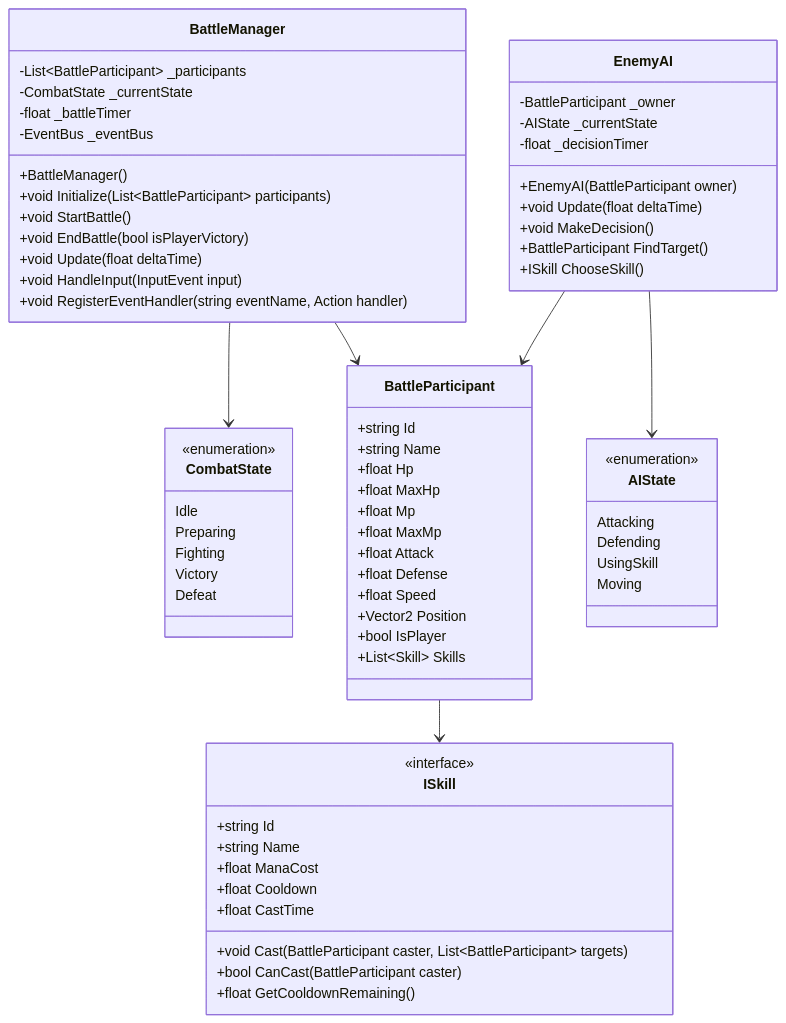
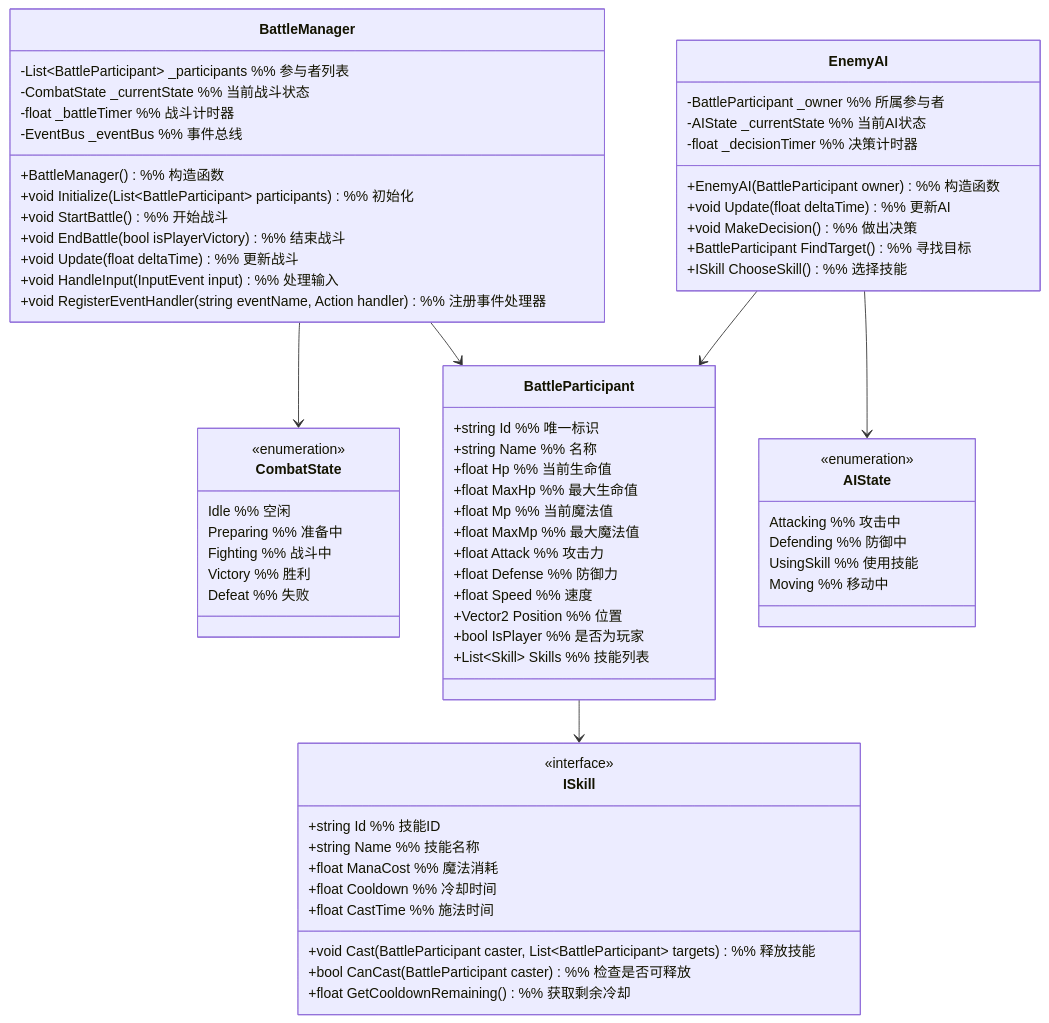
One commit to ideatoideal/co_lab changed the diagram in xiuxian_demo/docs/实现规划/一期/一期各模块系统设计/一期战斗系统.md. Above: the diagram before and after it, drawn with Mermaid. The commit also changed 15 other files, not shown here.

Commit message:
为一期模块文档添加Mermaid图中文注释并修复格式问题

````diff
--- a/xiuxian_demo/docs/实现规划/一期/一期各模块系统设计/一期战斗系统.md
+++ b/xiuxian_demo/docs/实现规划/一期/一期各模块系统设计/一期战斗系统.md
@@ -15,77 +15,82 @@
 ```mermaid
 classDiagram
     class CombatState {
         <<enumeration>>
-        Idle
-        Preparing
-        Fighting
-        Victory
-        Defeat
+        Idle %% 空闲
+        Preparing %% 准备中
+        Fighting %% 战斗中
+        Victory %% 胜利
+        Defeat %% 失败
     }
     
     class BattleParticipant {
-        +string Id
-        +string Name
-        +float Hp
-        +float MaxHp
-        +float Mp
-        +float MaxMp
-        +float Attack
-        +float Defense
-        +float Speed
-        +Vector2 Position
-        +bool IsPlayer
-        +List~Skill~ Skills
+        +string Id %% 唯一标识
+        +string Name %% 名称
+        +float Hp %% 当前生命值
+        +float MaxHp %% 最大生命值
+        +float Mp %% 当前魔法值
+        +float MaxMp %% 最大魔法值
+        +float Attack %% 攻击力
+        +float Defense %% 防御力
+        +float Speed %% 速度
+        +Vector2 Position %% 位置
+        +bool IsPlayer %% 是否为玩家
+        +List~Skill~ Skills %% 技能列表
     }
     
     class ISkill {
         <<interface>>
-        +string Id
-        +string Name
-        +float ManaCost
-        +float Cooldown
-        +float CastTime
-        +void Cast(BattleParticipant caster, List~BattleParticipant~ targets)
-        +bool CanCast(BattleParticipant caster)
-        +float GetCooldownRemaining()
+        +string Id %% 技能ID
+        +string Name %% 技能名称
+        +float ManaCost %% 魔法消耗
+        +float Cooldown %% 冷却时间
+        +float CastTime %% 施法时间
+        +void Cast(BattleParticipant caster, List~BattleParticipant~ targets) %% 释放技能
+        +bool CanCast(BattleParticipant caster) %% 检查是否可释放
+        +float GetCooldownRemaining() %% 获取剩余冷却
     }
     
     class BattleManager {
-        -List~BattleParticipant~ _participants
-        -CombatState _currentState
-        -float _battleTimer
-        -EventBus _eventBus
-        +BattleManager()
-        +void Initialize(List~BattleParticipant~ participants)
-        +void StartBattle()
-        +void EndBattle(bool isPlayerVictory)
-        +void Update(float deltaTime)
-        +void HandleInput(InputEvent input)
-        +void RegisterEventHandler(string eventName, Action handler)
+        -List~BattleParticipant~ _participants %% 参与者列表
+        -CombatState _currentState %% 当前战斗状态
+        -float _battleTimer %% 战斗计时器
+        -EventBus _eventBus %% 事件总线
+        +BattleManager() %% 构造函数
+        +void Initialize(List~BattleParticipant~ participants) %% 初始化
+        +void StartBattle() %% 开始战斗
+        +void EndBattle(bool isPlayerVictory) %% 结束战斗
+        +void Update(float deltaTime) %% 更新战斗
+        +void HandleInput(InputEvent input) %% 处理输入
+        +void RegisterEventHandler(string eventName, Action handler) %% 注册事件处理器
     }
     
     class EnemyAI {
-        -BattleParticipant _owner
-        -AIState _currentState
-        -float _decisionTimer
-        +EnemyAI(BattleParticipant owner)
-        +void Update(float deltaTime)
-        +void MakeDecision()
-        +BattleParticipant FindTarget()
-        +ISkill ChooseSkill()
+        -BattleParticipant _owner %% 所属参与者
+        -AIState _currentState %% 当前AI状态
+        -float _decisionTimer %% 决策计时器
+        +EnemyAI(BattleParticipant owner) %% 构造函数
+        +void Update(float deltaTime) %% 更新AI
+        +void MakeDecision() %% 做出决策
+        +BattleParticipant FindTarget() %% 寻找目标
+        +ISkill ChooseSkill() %% 选择技能
     }
     
     class AIState {
         <<enumeration>>
-        Attacking
-        Defending
-        UsingSkill
-        Moving
+        Attacking %% 攻击中
+        Defending %% 防御中
+        UsingSkill %% 使用技能
+        Moving %% 移动中
     }
     
     BattleManager --> CombatState
+    %% BattleManager使用CombatState
     BattleManager --> BattleParticipant
+    %% BattleManager管理BattleParticipant
     BattleParticipant --> ISkill
+    %% BattleParticipant拥有ISkill
     EnemyAI --> BattleParticipant
+    %% EnemyAI依附于BattleParticipant
     EnemyAI --> AIState
+    %% EnemyAI使用AIState
 ```
````
